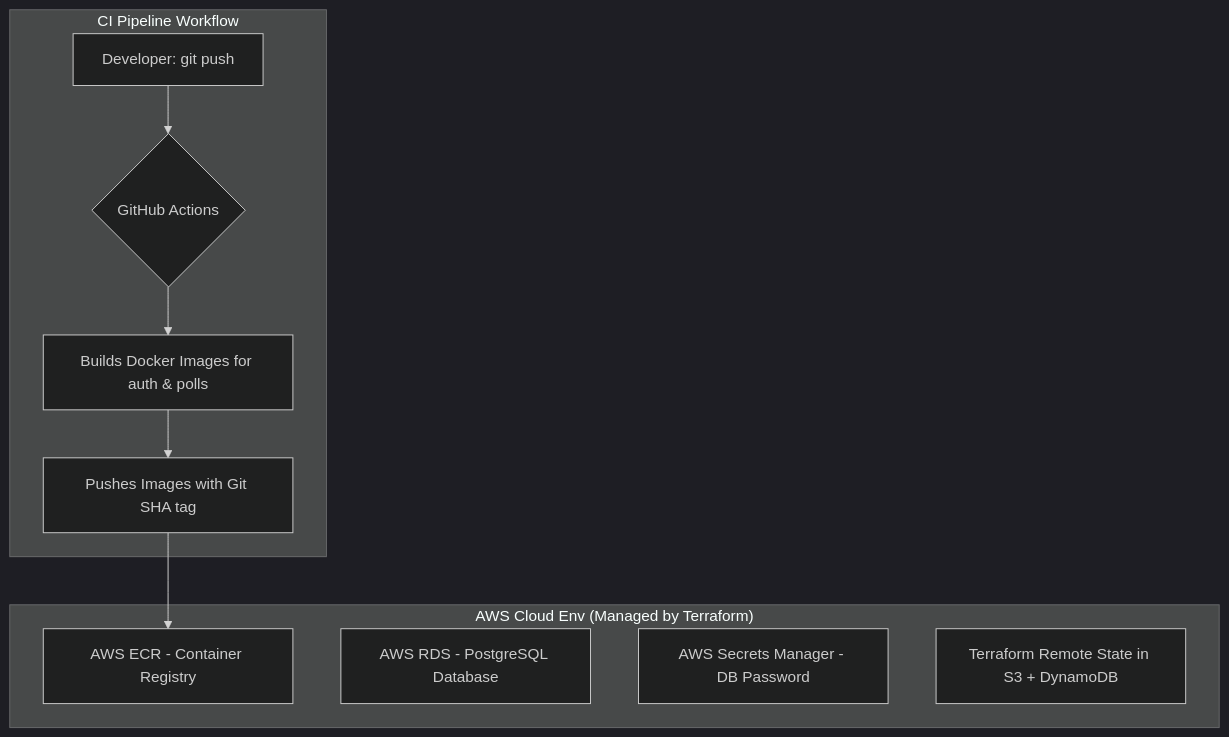
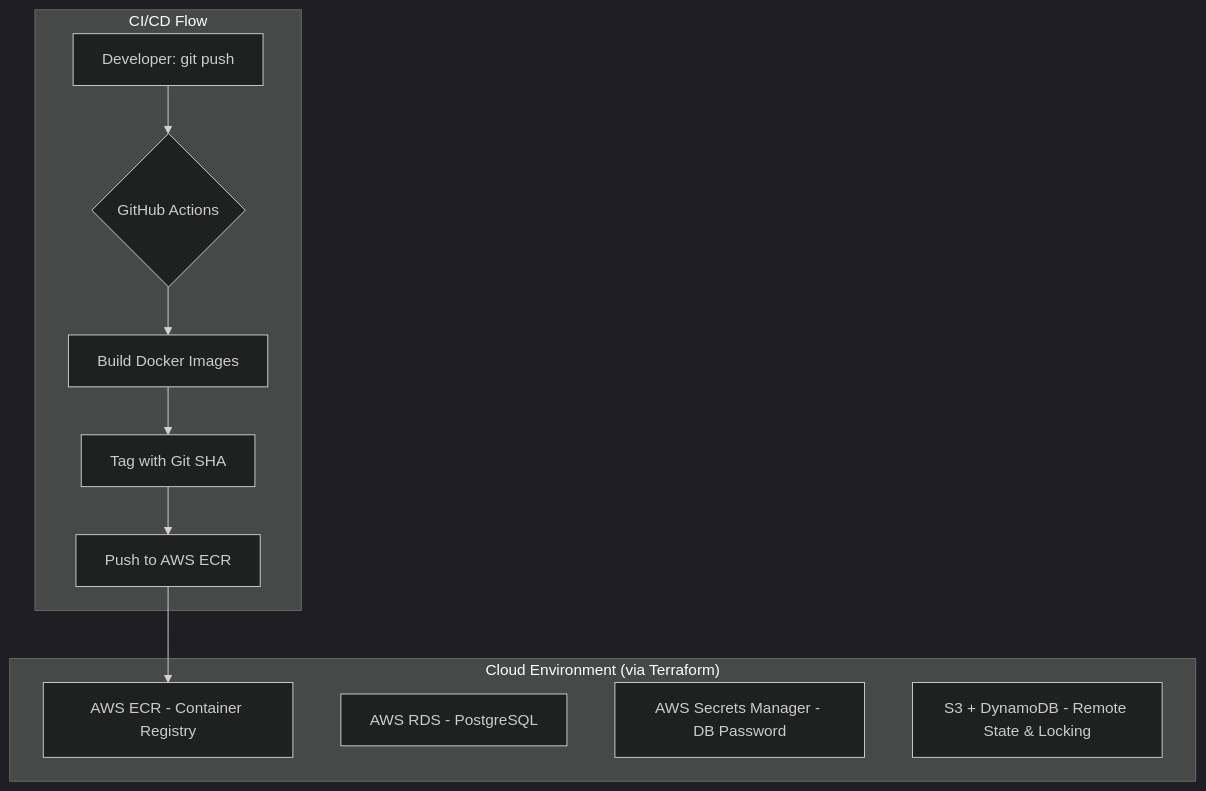
The second of 4 diagrams in docs/DOCS.md (MrCh0p808/VoteWave), drawn with Mermaid (dark theme) before and after one commit. The commit also changed other lines of this file, not shown here.

````diff
--- a/docs/DOCS.md
+++ b/docs/DOCS.md
@@ -51,17 +48,18 @@
 ```mermaid
 graph TD
-    subgraph "CI Pipeline Workflow"
+    subgraph "CI/CD Flow"
         A[Developer: git push] --> B{GitHub Actions}
-        B --> C[Builds Docker Images for auth & polls]
-        C --> D[Pushes Images with Git SHA tag]
+        B --> C[Build Docker Images]
+        C --> D[Tag with Git SHA]
+        D --> E[Push to AWS ECR]
     end
 
-    subgraph "AWS Cloud Env (Managed by Terraform)"
-        E[AWS ECR - Container Registry]
-        F[AWS RDS - PostgreSQL Database]
-        G[AWS Secrets Manager - DB Password]
-        H[Terraform Remote State in S3 + DynamoDB]
+    subgraph "Cloud Environment (via Terraform)"
+        F[AWS ECR - Container Registry]
+        G[AWS RDS - PostgreSQL]
+        H[AWS Secrets Manager - DB Password]
+        I[S3 + DynamoDB - Remote State & Locking]
     end
 
-    D --> E
+    E --> F
 ```
````
